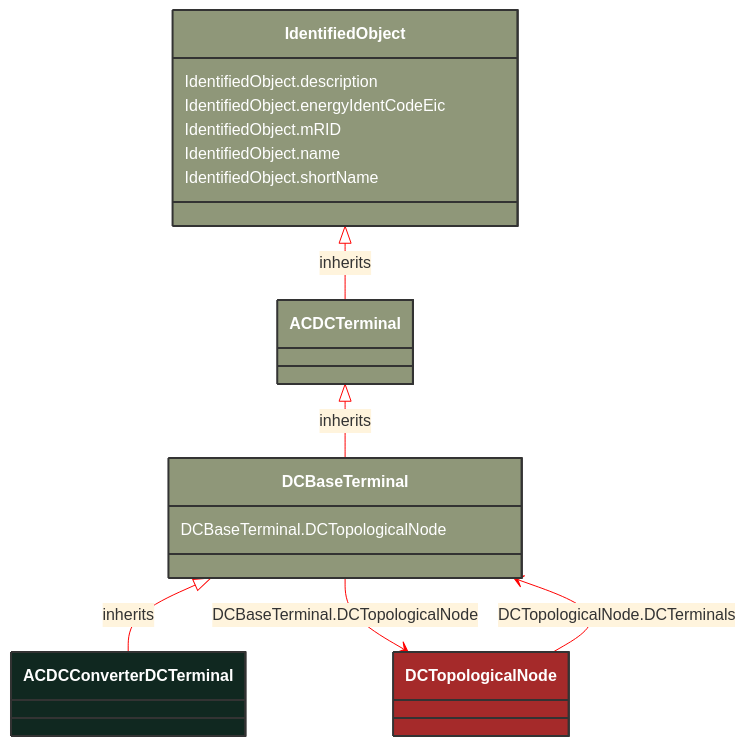
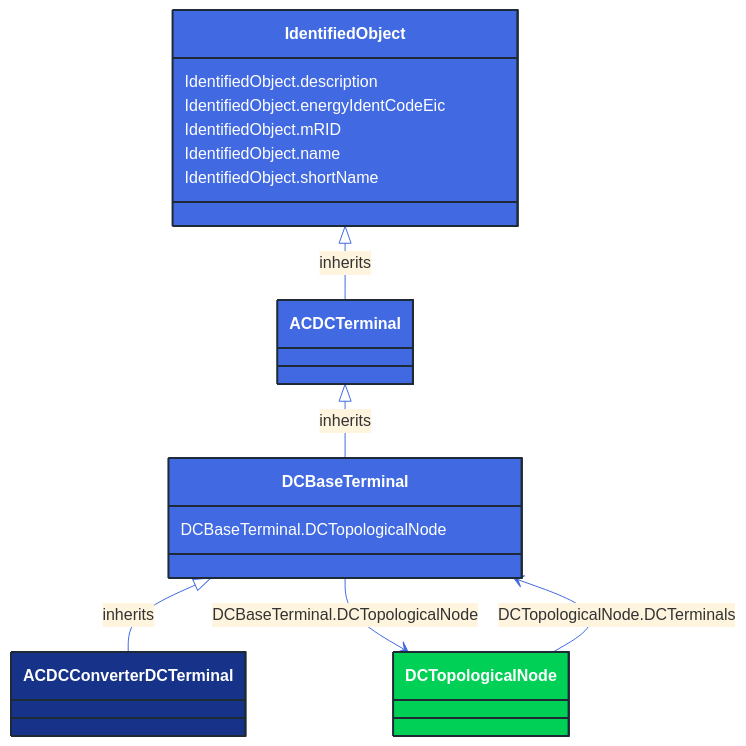
Before and after one commit to 3lbits/NoCIMExtensions: the diagram in docs/Models/Profiles/Topology/ConcreteClasses/ACDCConverterDCTerminal.md, drawn with Mermaid. The commit also changed 362 other files, not shown here.

First line of the commit message:
Update diagrams and styles for improved visual consistency

````diff
--- a/docs/Models/Profiles/Topology/ConcreteClasses/ACDCConverterDCTerminal.md
+++ b/docs/Models/Profiles/Topology/ConcreteClasses/ACDCConverterDCTerminal.md
@@ -8,39 +8,39 @@
 ```mermaid
-%%{init: {'theme':'base','themeVariables': {'lineColor': '#FF0000'}}}%%
+%%{init: {'theme':'base','themeVariables': {'lineColor': '#4169E1'}}}%%
 classDiagram
     class ACDCConverterDCTerminal
     click ACDCConverterDCTerminal href "/Models/Profiles/Topology/ConcreteClasses/ACDCConverterDCTerminal/"
-    style ACDCConverterDCTerminal fill:#102820,stroke:#333,stroke-width:2px,rx:10,ry:10,color:white
+    style ACDCConverterDCTerminal fill:#163289,stroke:#1F2A37,stroke-width:2px,rx:10,ry:10,color:white
      
         DCBaseTerminal <|-- ACDCConverterDCTerminal : inherits
             click DCBaseTerminal href "/Models/Profiles/Topology/AbstractClasses/DCBaseTerminal/"
-            style DCBaseTerminal fill:#8F9779,stroke:#333,stroke-width:2px,rx:10,ry:10,color:white
+            style DCBaseTerminal fill:#4169E1,stroke:#1F2A37,stroke-width:2px,rx:10,ry:10,color:white
      
         ACDCTerminal <|-- DCBaseTerminal : inherits
             click ACDCTerminal href "/Models/Profiles/Topology/AbstractClasses/ACDCTerminal/"
-            style ACDCTerminal fill:#8F9779,stroke:#333,stroke-width:2px,rx:10,ry:10,color:white
+            style ACDCTerminal fill:#4169E1,stroke:#1F2A37,stroke-width:2px,rx:10,ry:10,color:white
      
         IdentifiedObject <|-- ACDCTerminal : inherits
             click IdentifiedObject href "/Models/Profiles/Topology/AbstractClasses/IdentifiedObject/"
-            style IdentifiedObject fill:#8F9779,stroke:#333,stroke-width:2px,rx:10,ry:10,color:white
+            style IdentifiedObject fill:#4169E1,stroke:#1F2A37,stroke-width:2px,rx:10,ry:10,color:white
 
         DCBaseTerminal --> DCTopologicalNode : DCBaseTerminal.DCTopologicalNode
 
         DCTopologicalNode
             click DCTopologicalNode href "/Models/Profiles/Topology/ConcreteClasses/DCTopologicalNode/"
-            style DCTopologicalNode fill:#A52A2A,stroke:#333,stroke-width:2px,rx:10,ry:10,color:white
+            style DCTopologicalNode fill:#00D156,stroke:#1F2A37,stroke-width:2px,rx:10,ry:10,color:white
 
         DCTopologicalNode --> DCBaseTerminal : DCTopologicalNode.DCTerminals
 
         DCTopologicalNode
             click DCTopologicalNode href "/Models/Profiles/Topology/ConcreteClasses/DCTopologicalNode/"
-            style DCTopologicalNode fill:#A52A2A,stroke:#333,stroke-width:2px,rx:10,ry:10,color:white
+            style DCTopologicalNode fill:#00D156,stroke:#1F2A37,stroke-width:2px,rx:10,ry:10,color:white
 
 
         DCBaseTerminal : DCBaseTerminal.DCTopologicalNode
         IdentifiedObject : IdentifiedObject.description
         IdentifiedObject : IdentifiedObject.energyIdentCodeEic
         IdentifiedObject : IdentifiedObject.mRID
         IdentifiedObject : IdentifiedObject.name
         IdentifiedObject : IdentifiedObject.shortName
 ```
````
